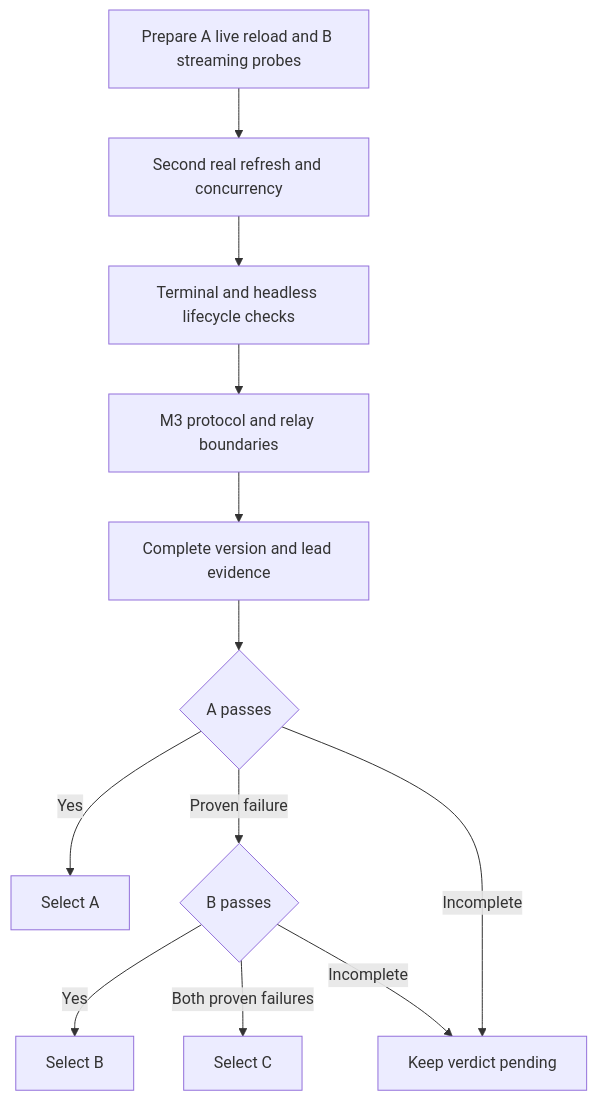
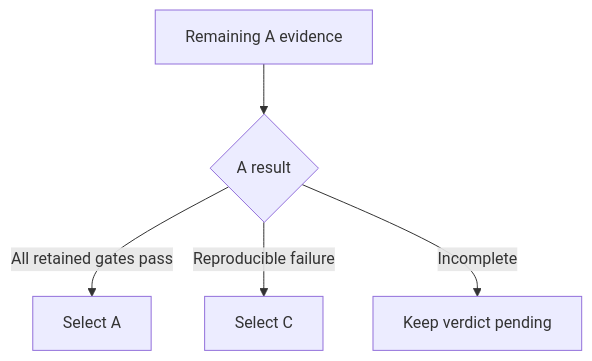
The fifth of 5 diagrams in docs/docker-codex.md (ophis/agent-pm), drawn with Mermaid before and after one commit. The commit also changed other lines of this file and 1 other file, not shown here.

````diff
--- a/docs/docker-codex.md
+++ b/docs/docker-codex.md
@@ -354,14 +330,7 @@
 ```mermaid
 flowchart TD
-    P[Prepare A live reload and B streaming probes] --> R[Second real refresh and concurrency]
-    R --> L[Terminal and headless lifecycle checks]
-    L --> M[M3 protocol and relay boundaries]
-    M --> V[Complete version and lead evidence]
-    V --> A{A passes}
-    A -->|Yes| SA[Select A]
-    A -->|Proven failure| B{B passes}
-    B -->|Yes| SB[Select B]
-    B -->|Both proven failures| SC[Select C]
-    A -->|Incomplete| W[Keep verdict pending]
-    B -->|Incomplete| W
+    P[Remaining A evidence] --> D{A result}
+    D -->|All retained gates pass| A[Select A]
+    D -->|Reproducible failure| C[Select C]
+    D -->|Incomplete| W[Keep verdict pending]
 ```
````
